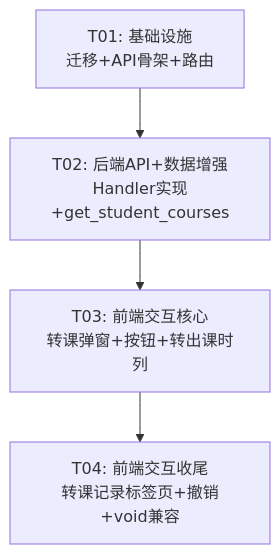
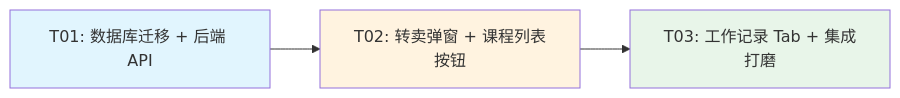
The fifth of 5 diagrams in docs/system_design.md (hawei07/TMS-), drawn with Mermaid before and after one commit. The commit also changed other lines of this file and 10 other files, not shown here.

````diff
--- a/docs/system_design.md
+++ b/docs/system_design.md
@@ -526,11 +589,13 @@
 ```mermaid
-graph TD
-    T01["T01: 基础设施<br/>迁移+API骨架+路由"]
-    T02["T02: 后端API+数据增强<br/>Handler实现+get_student_courses"]
-    T03["T03: 前端交互核心<br/>转课弹窗+按钮+转出课时列"]
-    T04["T04: 前端交互收尾<br/>转课记录标签页+撤销+void兼容"]
+graph LR
+    T01["T01: 数据库迁移 + 后端 API"]
+    T02["T02: 转卖弹窗 + 课程列表按钮"]
+    T03["T03: 工作记录 Tab + 集成打磨"]
 
     T01 --> T02
     T02 --> T03
-    T03 --> T04
+
+    style T01 fill:#e1f5fe
+    style T02 fill:#fff3e0
+    style T03 fill:#e8f5e9
 ```
````
